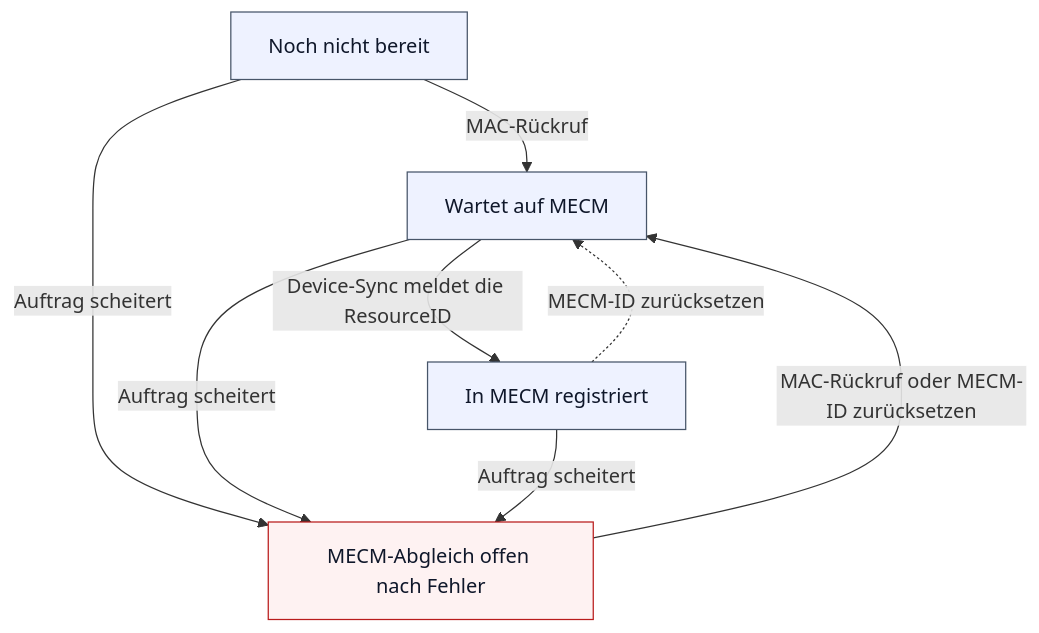
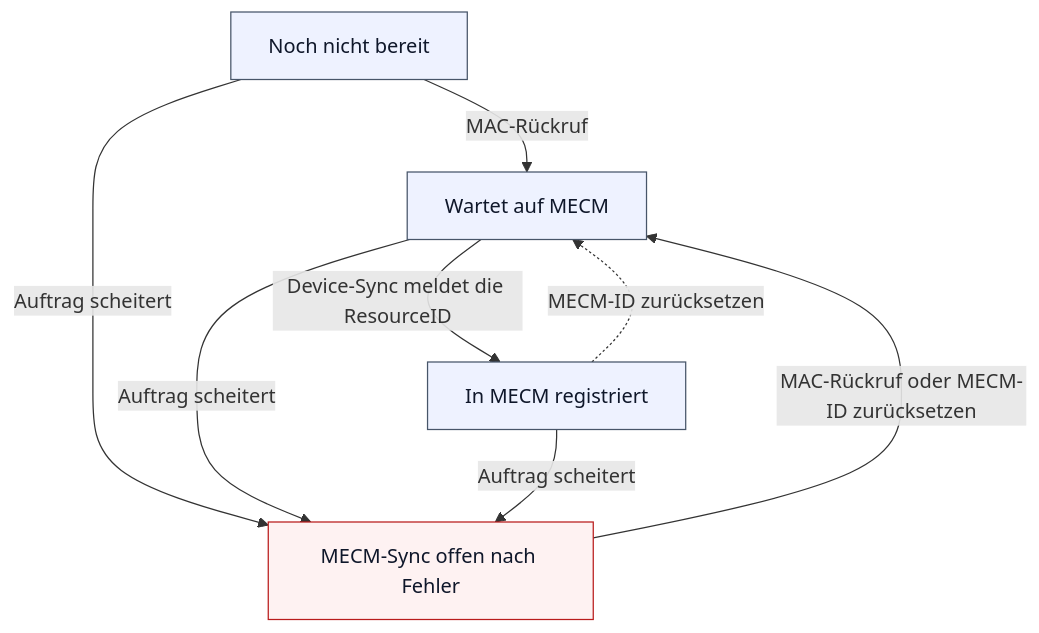
One commit to Samy94M/VirtuSphere-v2-WebApp changed the third of 3 diagrams in docs/operations/vm-lifecycle.md. Above: the diagram before and after it, drawn with Mermaid. The commit also changed 93 other files, not shown here.

````diff
--- a/docs/operations/vm-lifecycle.md
+++ b/docs/operations/vm-lifecycle.md
@@ -73,14 +73,14 @@
 ```mermaid
 flowchart TD
     not_ready[Noch nicht bereit] -->|MAC-Rückruf| pending[Wartet auf MECM]
     pending -->|Device-Sync meldet die ResourceID| registered[In MECM registriert]
     registered -.->|MECM-ID zurücksetzen| pending
-    not_ready -->|Auftrag scheitert| deploy_failed[MECM-Abgleich offen nach Fehler]
+    not_ready -->|Auftrag scheitert| deploy_failed[MECM-Sync offen nach Fehler]
     pending -->|Auftrag scheitert| deploy_failed
     registered -->|Auftrag scheitert| deploy_failed
     deploy_failed -->|MAC-Rückruf oder MECM-ID zurücksetzen| pending
     classDef step fill:#eef2ff,stroke:#475569,color:#0f172a;
     classDef blocked fill:#fef2f2,stroke:#b91c1c,color:#0f172a;
     class not_ready,pending,registered step;
     class deploy_failed blocked;
 ```
````
